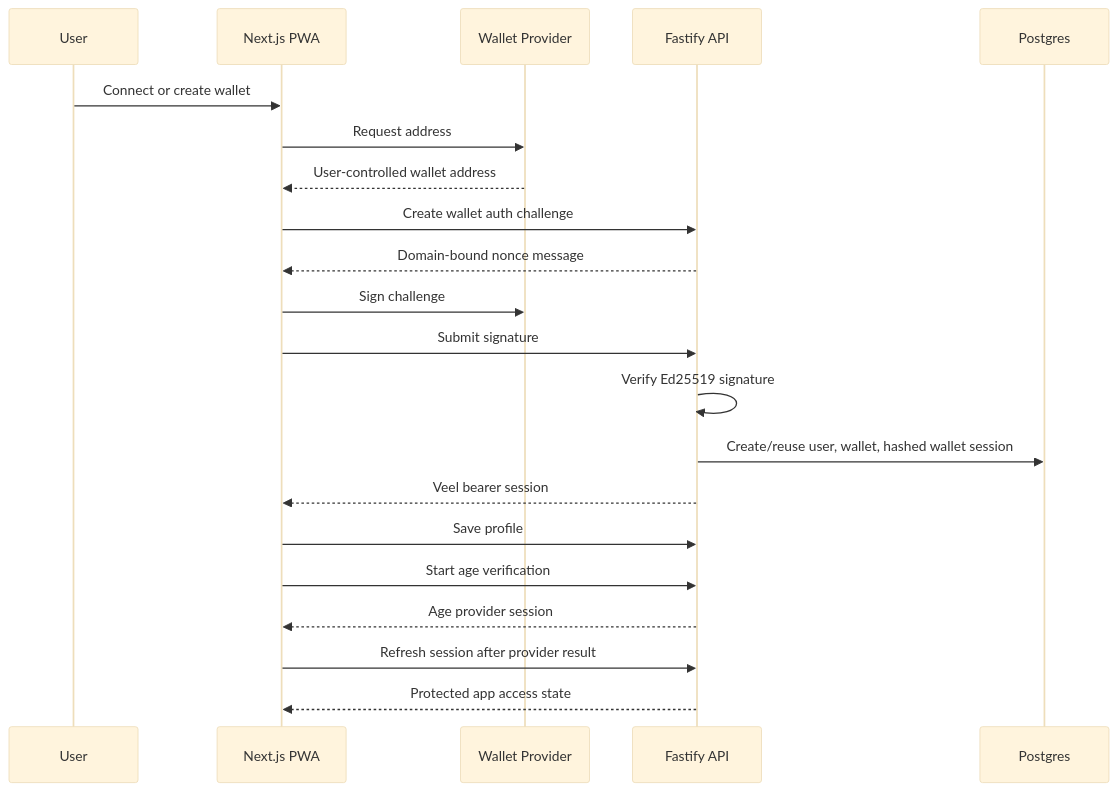
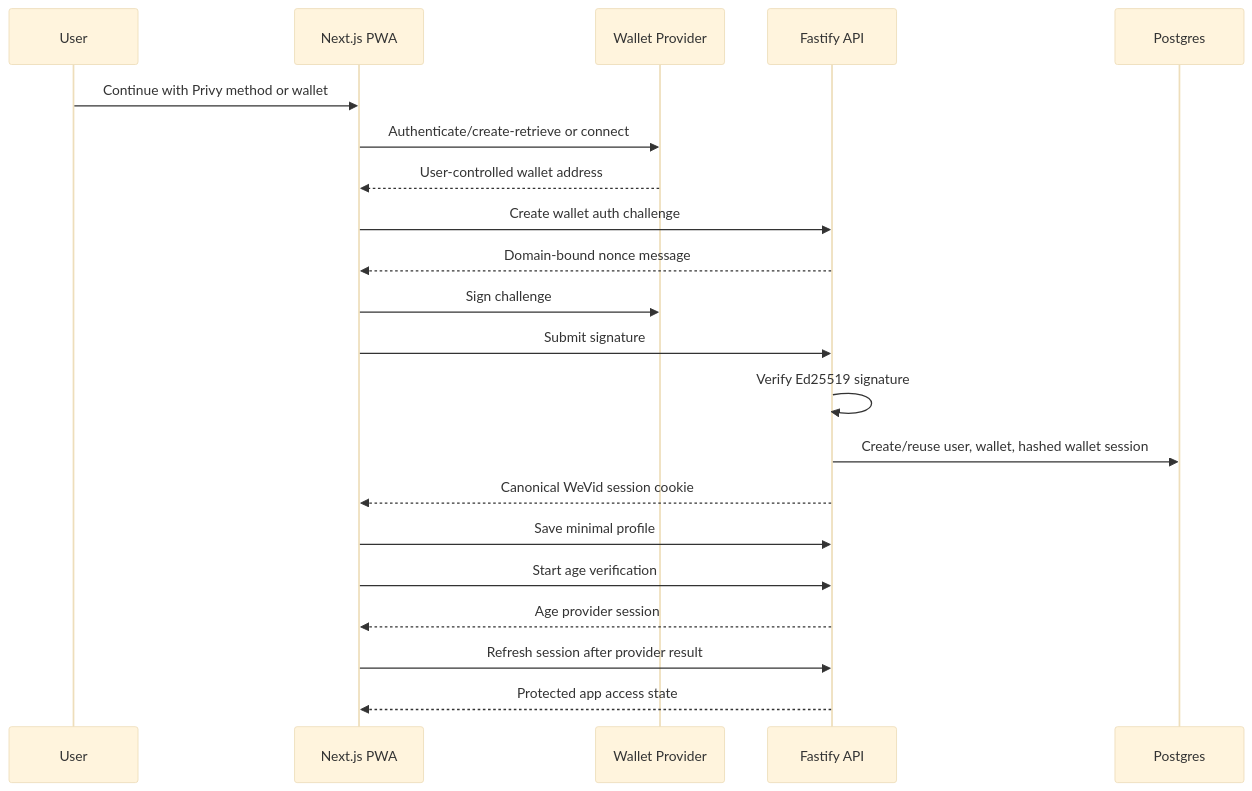
One commit to mariospeterman/VEEL-v2 changed the first of 4 diagrams in docs/v2-new-build/embedded-wallet-onboarding.md. Above: the diagram before and after it, drawn with Mermaid (base theme). The commit also changed other lines of this file and 54 other files, not shown here.

````diff
--- a/docs/v2-new-build/embedded-wallet-onboarding.md
+++ b/docs/v2-new-build/embedded-wallet-onboarding.md
@@ -126,24 +126,24 @@
 ```mermaid
 sequenceDiagram
   participant User
   participant Web as Next.js PWA
   participant Wallet as Wallet Provider
   participant API as Fastify API
   participant DB as Postgres
 
-  User->>Web: Connect or create wallet
-  Web->>Wallet: Request address
+  User->>Web: Continue with Privy method or wallet
+  Web->>Wallet: Authenticate/create-retrieve or connect
   Wallet-->>Web: User-controlled wallet address
   Web->>API: Create wallet auth challenge
   API-->>Web: Domain-bound nonce message
   Web->>Wallet: Sign challenge
   Web->>API: Submit signature
   API->>API: Verify Ed25519 signature
   API->>DB: Create/reuse user, wallet, hashed wallet session
-  API-->>Web: Veel bearer session
-  Web->>API: Save profile
+  API-->>Web: Canonical WeVid session cookie
+  Web->>API: Save minimal profile
   Web->>API: Start age verification
   API-->>Web: Age provider session
   Web->>API: Refresh session after provider result
   API-->>Web: Protected app access state
 ```
````
